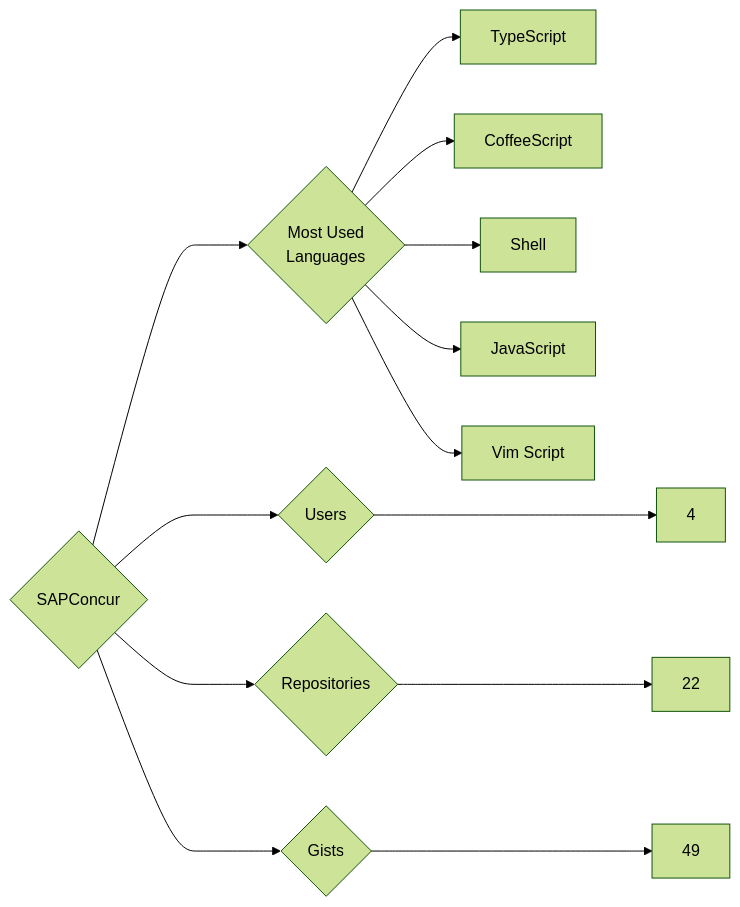
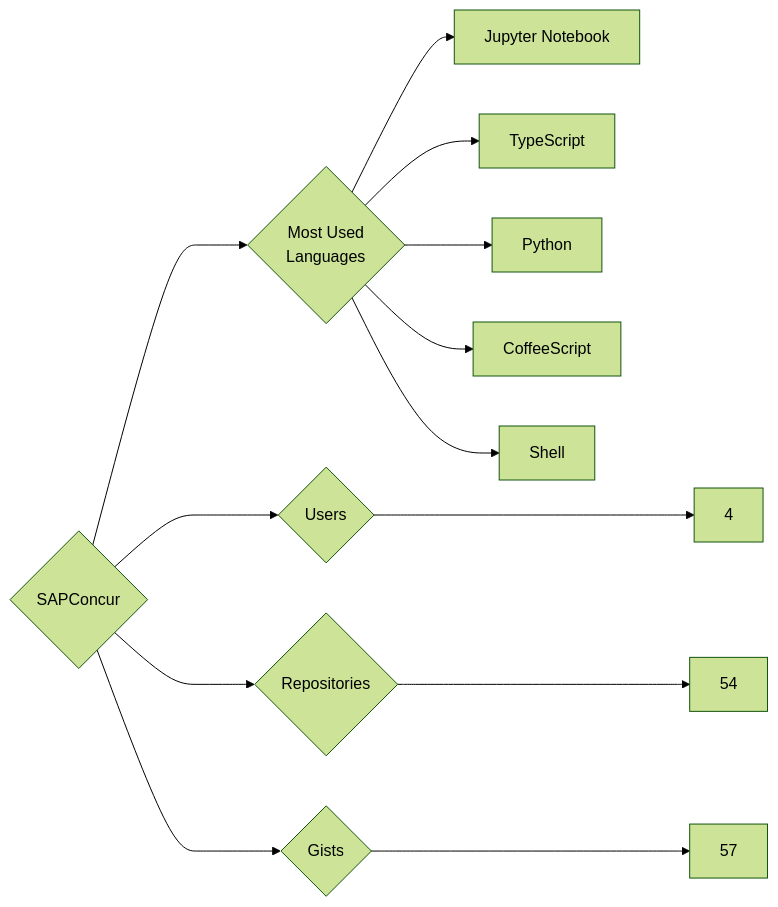
One commit to trickest/insiders changed the diagram in targets/SAPConcur/README.md. Above: the diagram before and after it, drawn with Mermaid (forest theme). The commit also changed 1484 other files, not shown here.

````diff
--- a/targets/SAPConcur/README.md
+++ b/targets/SAPConcur/README.md
@@ -3,13 +3,13 @@
 ```mermaid
 graph LR
 COMPANY_NAME{SAPConcur}
 COMPANY_NAME ---> U{Users} ---> UN[4]
-COMPANY_NAME ---> R{Repositories} ---> RN[22]
-COMPANY_NAME ---> G{Gists} ---> GN[49]
+COMPANY_NAME ---> R{Repositories} ---> RN[54]
+COMPANY_NAME ---> G{Gists} ---> GN[57]
 COMPANY_NAME ---> ML{Most Used<br>Languages}
+ML --> Jupyter_Notebook[Jupyter Notebook]
 ML --> TypeScript[TypeScript]
+ML --> Python[Python]
 ML --> CoffeeScript[CoffeeScript]
 ML --> Shell[Shell]
-ML --> JavaScript[JavaScript]
-ML --> Vim_Script[Vim Script]
 ```
````
